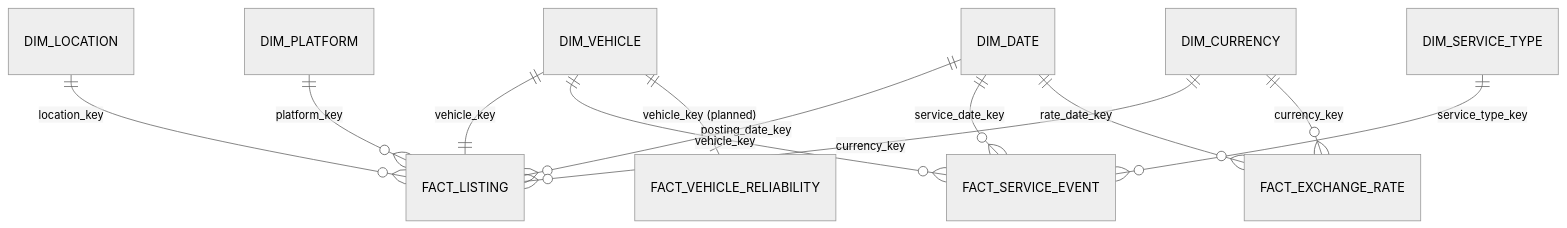
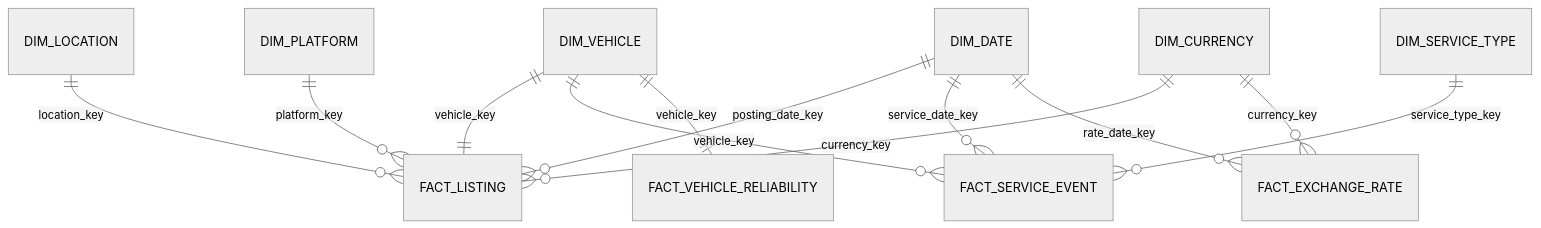
The diagram in documentation/gold_data_model.md (StrahinjaVuckovic/used-cars-pipeline), drawn with Mermaid (neutral theme) before and after one commit. The commit also changed other lines of this file and 11 other files, not shown here.

````diff
--- a/documentation/gold_data_model.md
+++ b/documentation/gold_data_model.md
@@ -34,14 +34,14 @@
 ```mermaid
 erDiagram
     DIM_VEHICLE ||--|| FACT_LISTING : vehicle_key
     DIM_DATE ||--o{ FACT_LISTING : posting_date_key
     DIM_LOCATION ||--o{ FACT_LISTING : location_key
     DIM_PLATFORM ||--o{ FACT_LISTING : platform_key
     DIM_CURRENCY ||--o{ FACT_LISTING : currency_key
     DIM_VEHICLE ||--o{ FACT_SERVICE_EVENT : vehicle_key
     DIM_DATE ||--o{ FACT_SERVICE_EVENT : service_date_key
     DIM_SERVICE_TYPE ||--o{ FACT_SERVICE_EVENT : service_type_key
     DIM_DATE ||--o{ FACT_EXCHANGE_RATE : rate_date_key
     DIM_CURRENCY ||--o{ FACT_EXCHANGE_RATE : currency_key
-    DIM_VEHICLE ||--o| FACT_VEHICLE_RELIABILITY : "vehicle_key (planned)"
+    DIM_VEHICLE ||--|| FACT_VEHICLE_RELIABILITY : vehicle_key
 ```
````
